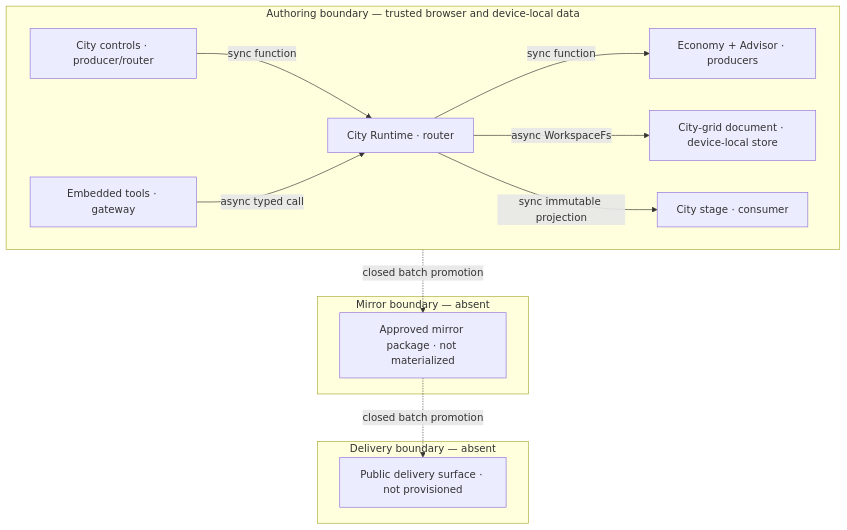
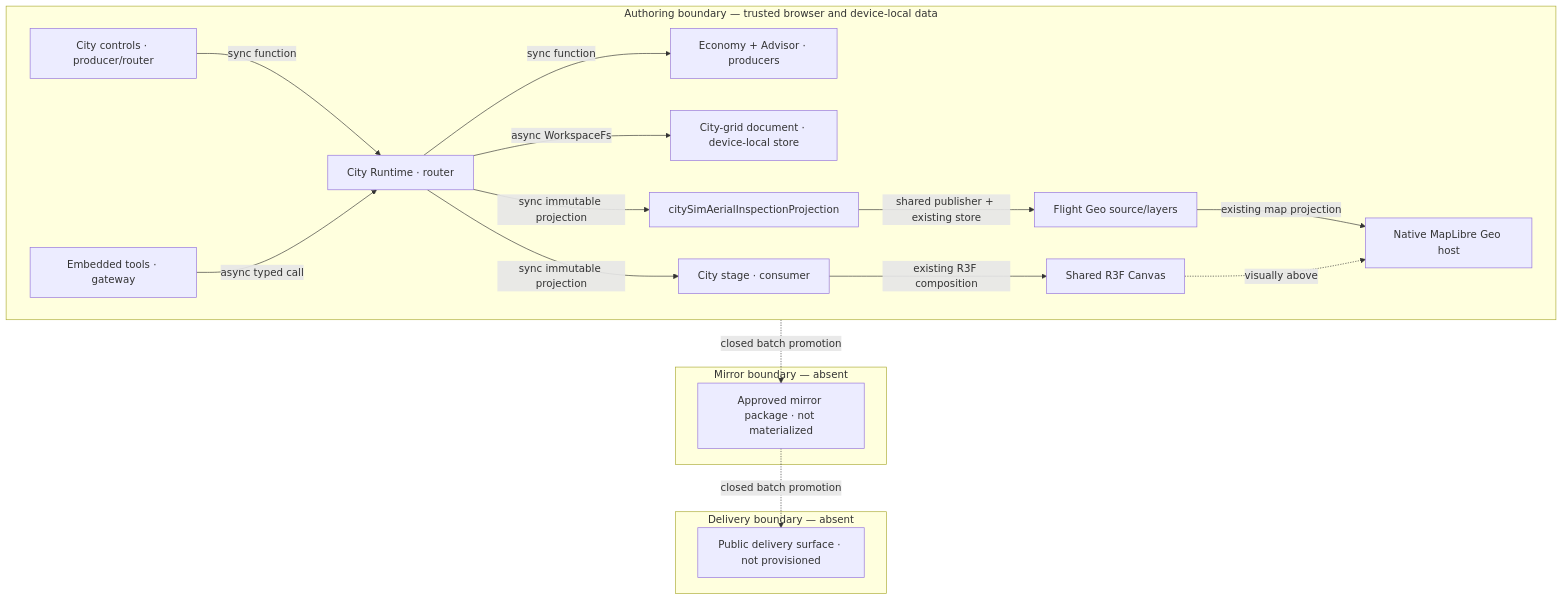
Before and after one commit to huijoohwee/agentic-graph: the diagram in docs/documents/knowgrph-game-city-building-sim-rd-tad.md, drawn with Mermaid. The commit also changed other lines of this file and 27 other files, not shown here.

Commit message:
fix(city-sim): compose Geo+XR aerial overlay

````diff
--- a/docs/documents/knowgrph-game-city-building-sim-rd-tad.md
+++ b/docs/documents/knowgrph-game-city-building-sim-rd-tad.md
@@ -298,18 +328,23 @@
 ```mermaid
 flowchart TB
   subgraph A["Authoring boundary — trusted browser and device-local data"]
     Controls["City controls · producer/router"] -->|sync function| Runtime["City Runtime · router"]
     Tools["Embedded tools · gateway"] -->|async typed call| Runtime
     Runtime -->|sync function| Logic["Economy + Advisor · producers"]
     Runtime -->|async WorkspaceFs| Store["City-grid document · device-local store"]
     Runtime -->|sync immutable projection| Stage["City stage · consumer"]
+    Stage -->|existing R3F composition| Canvas["Shared R3F Canvas"]
+    Runtime -->|sync immutable projection| Aerial["citySimAerialInspectionProjection"]
+    Aerial -->|shared publisher + existing store| FlightGeo["Flight Geo source/layers"]
+    FlightGeo -->|existing map projection| Geo["Native MapLibre Geo host"]
+    Canvas -. "visually above" .-> Geo
   end
   subgraph M["Mirror boundary — absent"]
     Mirror["Approved mirror package · not materialized"]
   end
   subgraph D["Delivery boundary — absent"]
     Delivery["Public delivery surface · not provisioned"]
   end
   A -. "closed batch promotion" .-> Mirror
   Mirror -. "closed batch promotion" .-> Delivery
 ```
````
